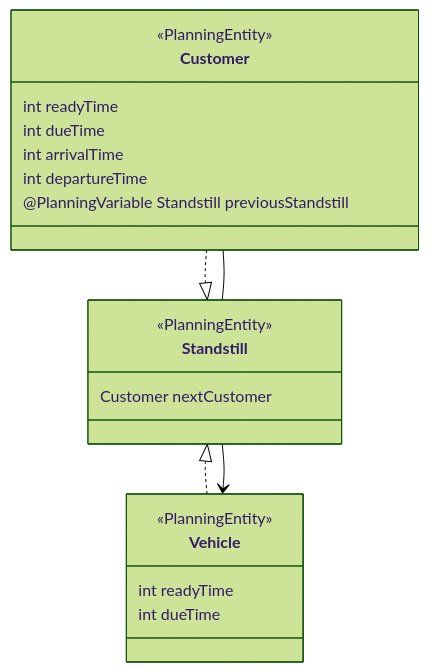
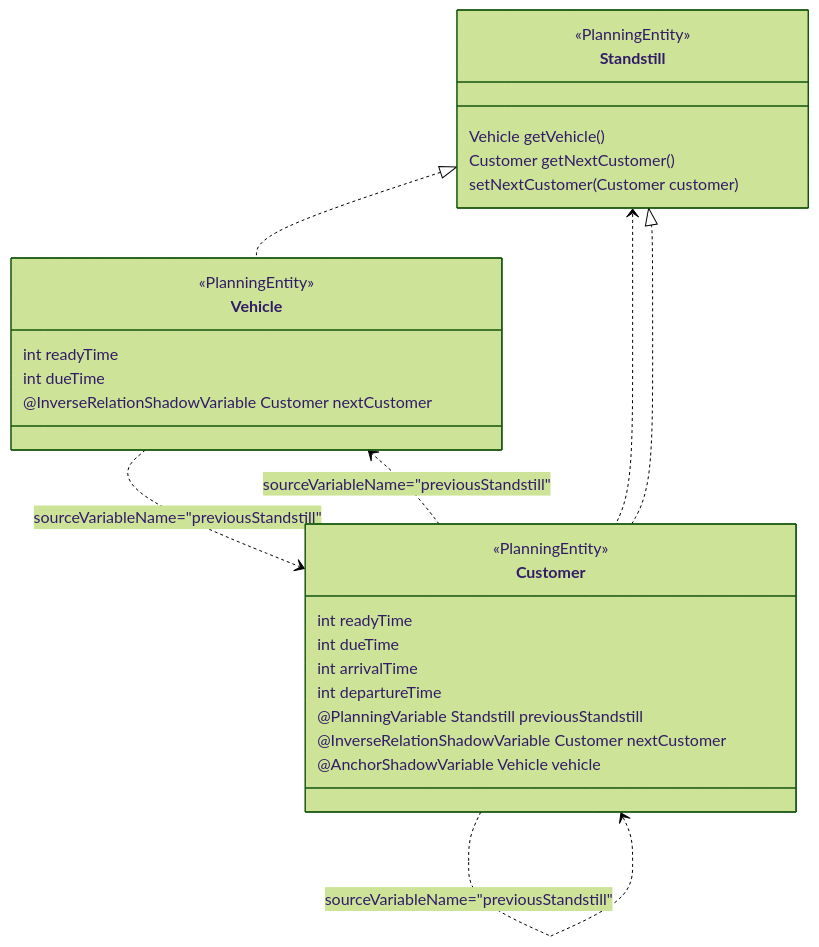
The fourth of 6 diagrams in opta_study.md (gazer2kanlin/my-study), drawn with Mermaid (forest theme) before and after one commit. The commit also changed other lines of this file, not shown here.

````diff
--- a/opta_study.md
+++ b/opta_study.md
@@ -86,22 +88,30 @@
 ```mermaid
 classDiagram
+Standstill <|.. Vehicle
+Standstill <.. Customer
 Customer ..|> Standstill
-Customer -- Standstill
-Standstill <|.. Vehicle
-Standstill --> Vehicle
+Customer ..> Vehicle : sourceVariableName="previousStandstill"
+Customer ..> Customer : sourceVariableName="previousStandstill"
+Vehicle ..> Customer : sourceVariableName="previousStandstill"
 
 <<PlanningEntity>> Customer
 <<PlanningEntity>> Standstill
 <<PlanningEntity>> Vehicle
 
-Standstill: Customer nextCustomer
+Standstill: Vehicle getVehicle()
+Standstill: Customer getNextCustomer()
+Standstill: setNextCustomer(Customer customer)
+
 
 Customer: int readyTime
 Customer: int dueTime
 Customer: int arrivalTime
 Customer: int departureTime
 Customer: @PlanningVariable Standstill previousStandstill
+Customer: @InverseRelationShadowVariable Customer nextCustomer
+Customer: @AnchorShadowVariable Vehicle vehicle
 
 Vehicle: int readyTime
 Vehicle: int dueTime
+Vehicle: @InverseRelationShadowVariable Customer nextCustomer
 ```
````
